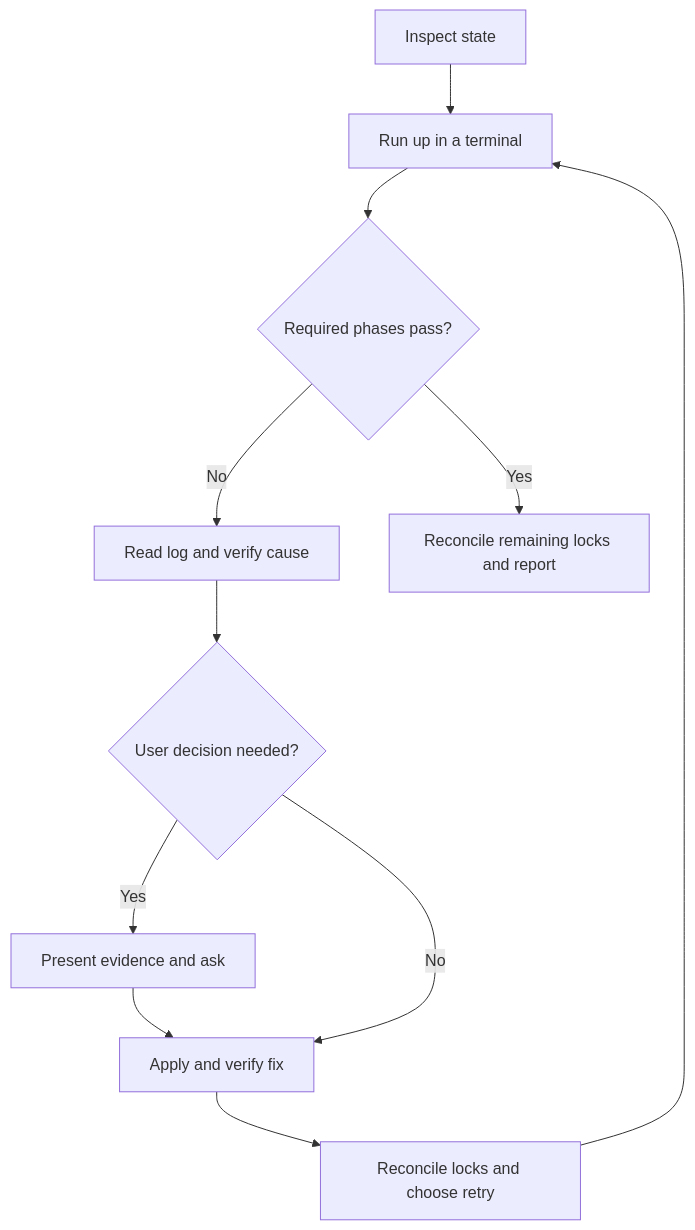
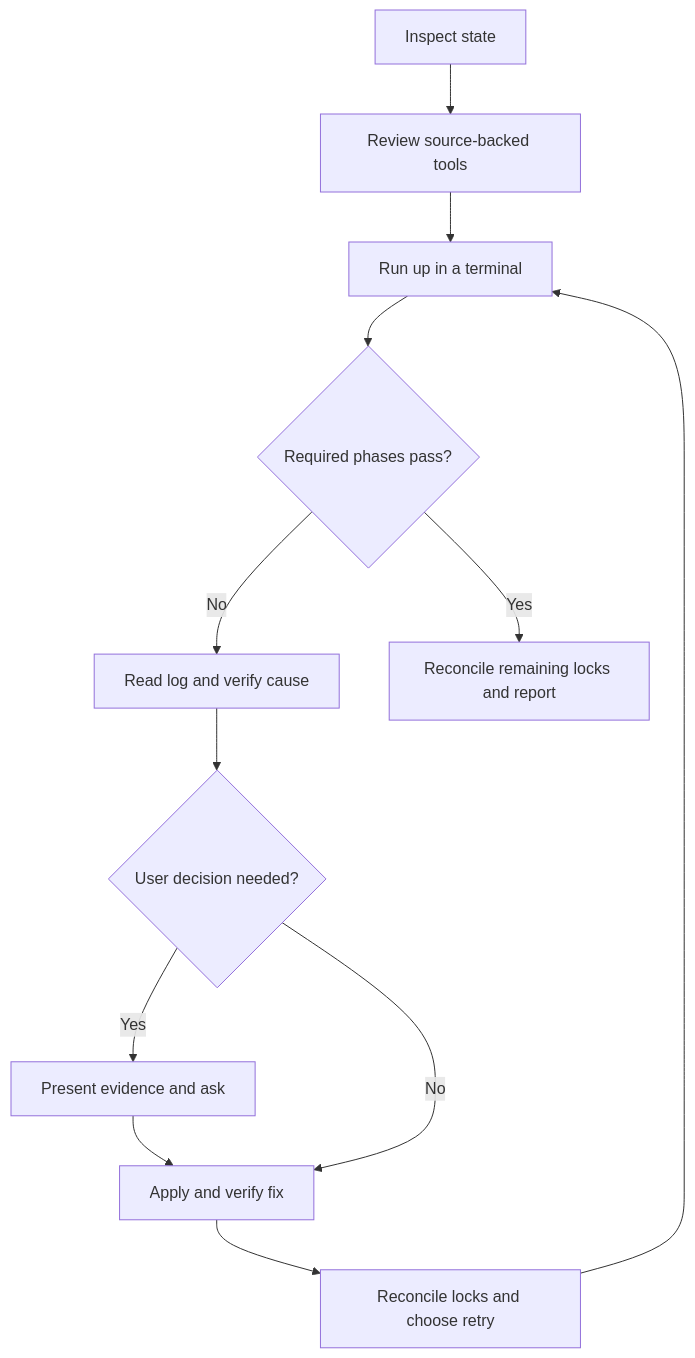
One commit to connorads/dotfiles changed the diagram in .config/skills/personal/supervised-up/SKILL.md. Above: the diagram before and after it, drawn with Mermaid. The commit also changed other lines of this file and 5 other files, not shown here.

````diff
--- a/.config/skills/personal/supervised-up/SKILL.md
+++ b/.config/skills/personal/supervised-up/SKILL.md
@@ -17,13 +17,14 @@
 ```mermaid
 flowchart TD
-    A[Inspect state] --> B[Run up in a terminal]
+    A[Inspect state] --> J[Review source-backed tools]
+    J --> B[Run up in a terminal]
     B --> C{Required phases pass?}
     C -->|No| D[Read log and verify cause]
     D --> E{User decision needed?}
     E -->|Yes| F[Present evidence and ask]
     F --> G[Apply and verify fix]
     E -->|No| G
     G --> H[Reconcile locks and choose retry]
     H --> B
     C -->|Yes| I[Reconcile remaining locks and report]
 ```
````
